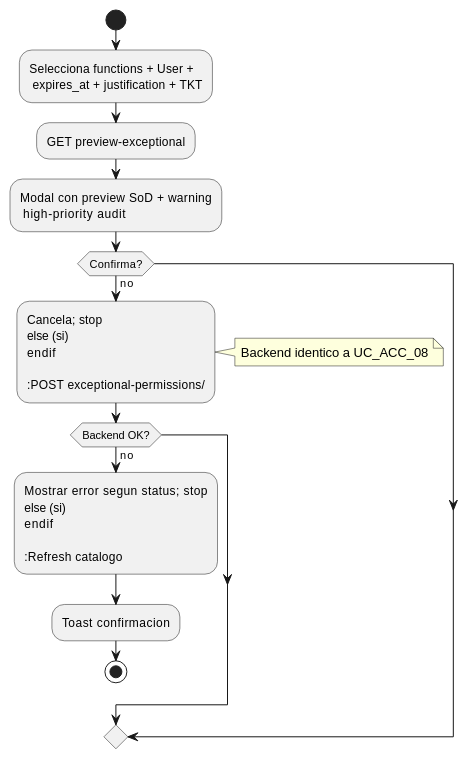
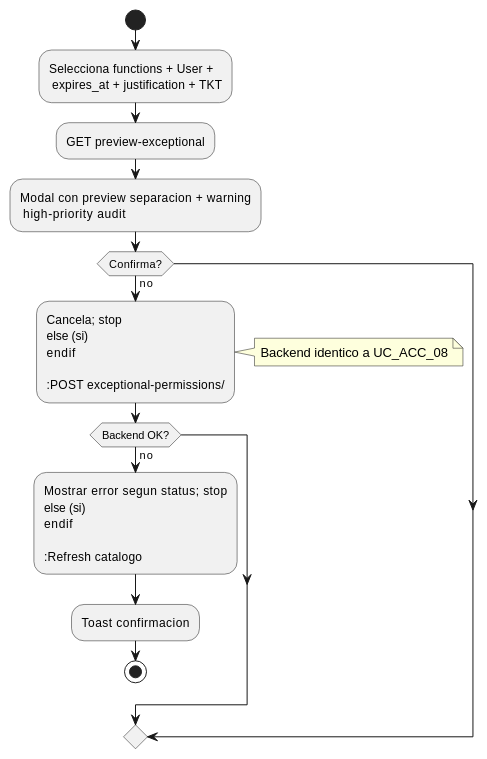
Before and after one commit to jcg-admin/IACT-docs: the diagram in source/requisitos/casos-uso/permissions/uc-perm-03/diagramas-uml/diagrama-de-actividad.rst, drawn with PlantUML. The commit also changed 148 other files, not shown here.

```diff
--- a/source/requisitos/casos-uso/permissions/uc-perm-03/diagramas-uml/diagrama-de-actividad.rst
+++ b/source/requisitos/casos-uso/permissions/uc-perm-03/diagramas-uml/diagrama-de-actividad.rst
@@ -4,34 +4,34 @@
 .. uml::
  :caption: UC_PERM_03 — actividad
 
  @startuml
 
  start
 
  :Selecciona functions + User +
   expires_at + justification + TKT;
  :GET preview-exceptional;
- :Modal con preview SoD + warning
+ :Modal con preview separacion + warning
   high-priority audit;
 
  if (Confirma?) then (no)
    :Cancela; stop
  else (si)
  endif
 
  :POST exceptional-permissions/;
  note right
    Backend identico a UC_ACC_08
  end note
 
  if (Backend OK?) then (no)
    :Mostrar error segun status; stop
  else (si)
  endif
 
  :Refresh catalogo;
  :Toast confirmacion;
 
  stop
 
  @enduml
```
